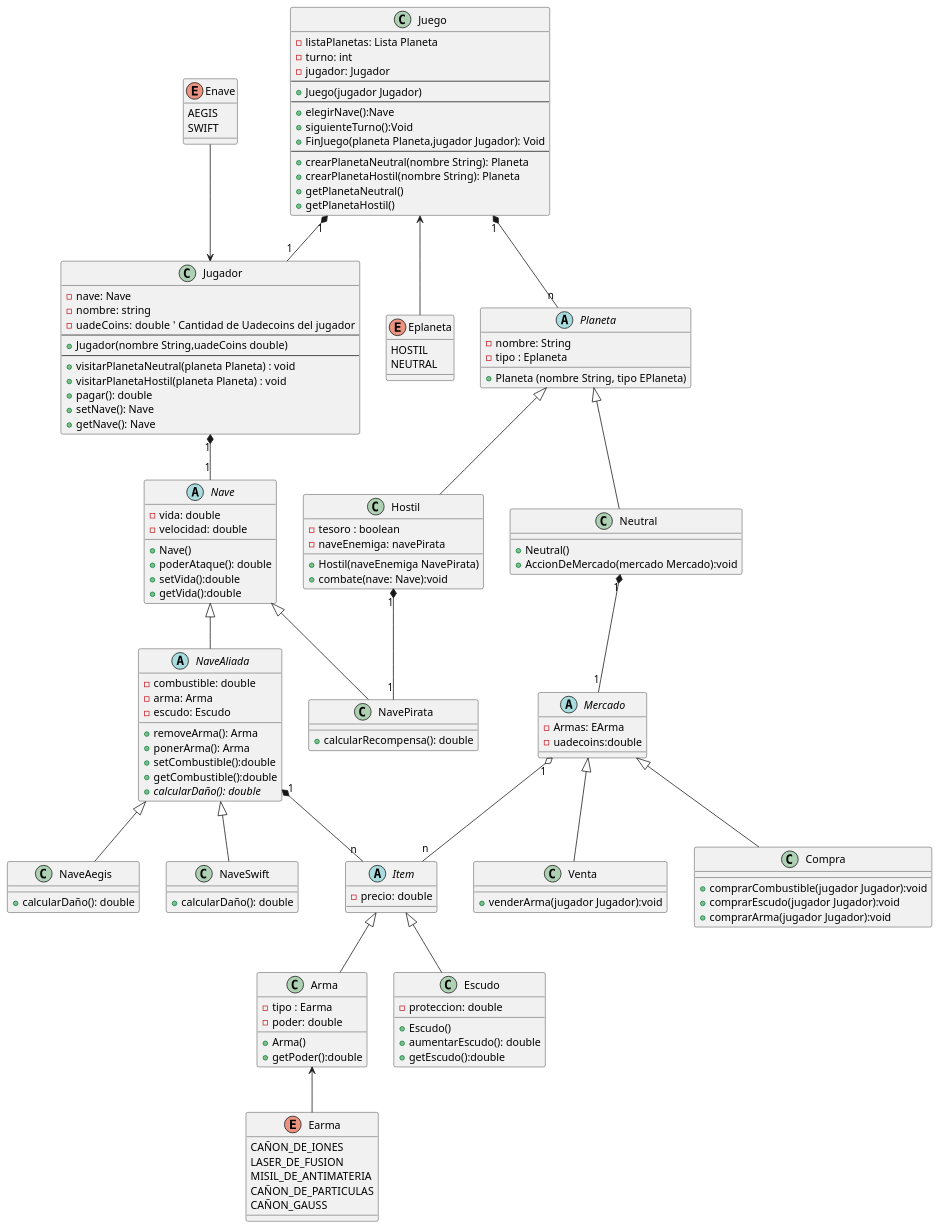
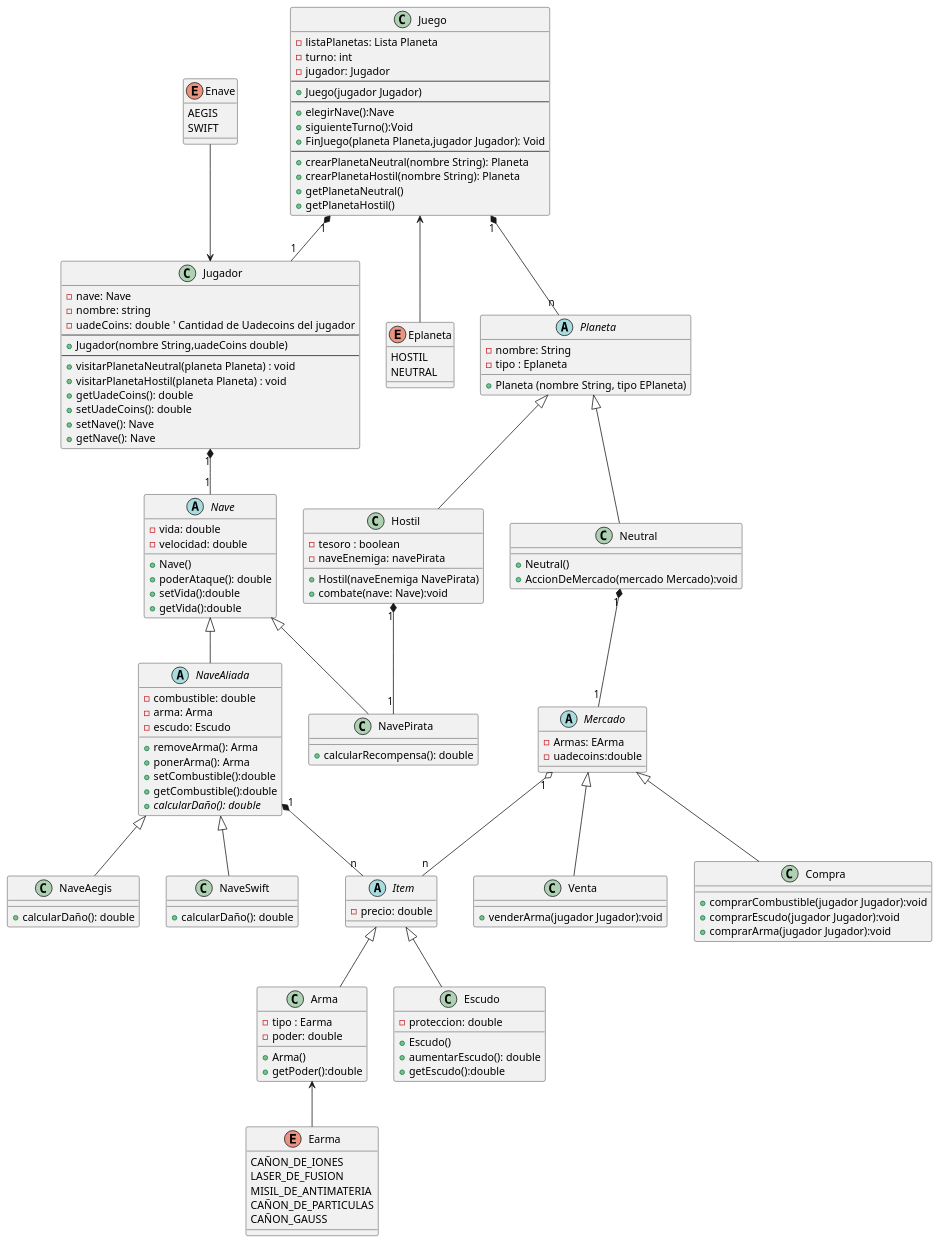
The diagram in src/TPO_classDiagram/TPO_ClassDiagram.puml (ianlio-git/LostGalaxy), drawn with PlantUML before and after one commit. The commit also changed 1 other file, not shown here.

Commit message:
Diagrama de clases modificado

```diff
--- a/src/TPO_classDiagram/TPO_ClassDiagram.puml
+++ b/src/TPO_classDiagram/TPO_ClassDiagram.puml
@@ -3,144 +3,145 @@
 @startuml
 'class Juego
 Enave --> Jugador
 enum Enave{
     AEGIS
     SWIFT
 }
 Juego <-- Eplaneta
 enum Eplaneta{
     HOSTIL
     NEUTRAL
 }
 Arma <-- Earma
 enum Earma{
    CAÑON_DE_IONES
    LASER_DE_FUSION
    MISIL_DE_ANTIMATERIA
    CAÑON_DE_PARTICULAS
    CAÑON_GAUSS
 }
 Juego "1" *-- "n" Planeta
 Juego "1" *-- "1" Jugador
 class Juego {
     - listaPlanetas: Lista Planeta
     - turno: int
     - jugador: Jugador
     --
     + Juego(jugador Jugador)
     --
     + elegirNave():Nave
     + siguienteTurno():Void
     + FinJuego(planeta Planeta,jugador Jugador): Void
     --
     + crearPlanetaNeutral(nombre String): Planeta
     + crearPlanetaHostil(nombre String): Planeta
     + getPlanetaNeutral()
     + getPlanetaHostil()
 }
 Jugador "1" *-- "1" Nave
 'class Jugador
 class Jugador {
     - nave: Nave
     - nombre: string
     - uadeCoins: double  ' Cantidad de Uadecoins del jugador
     --
     + Jugador(nombre String,uadeCoins double)
     --
     + visitarPlanetaNeutral(planeta Planeta) : void
     + visitarPlanetaHostil(planeta Planeta) : void
-    + pagar(): double
+    + getUadeCoins(): double
+    + setUadeCoins(): double
     + setNave(): Nave
     + getNave(): Nave
 }
 
 'class Nave
 abstract class Nave {
     - vida: double
     - velocidad: double
     + Nave()
     + poderAtaque(): double
     + setVida():double
     + getVida():double
 }
 abstract class NaveAliada extends Nave{
  - combustible: double
  - arma: Arma
  - escudo: Escudo
  + removeArma(): Arma
  + ponerArma(): Arma
  + setCombustible():double
  + getCombustible():double
  + {abstract} calcularDaño(): double
 }
 ' Clase para Nave Aegis
 class NaveAegis extends NaveAliada{
 + calcularDaño(): double
 }
 ' Clase para Nave Swift
 class NaveSwift extends NaveAliada {
 + calcularDaño(): double
 }
 NaveAliada "1"*--"n" Item
 abstract class Item{
 - precio: double
 
 }
 'class Arma
 class Arma extends Item{
     - tipo : Earma
     - poder: double
     + Arma()
     + getPoder():double
 }
 
 'class Escudo
 class Escudo extends Item {
     - proteccion: double
     + Escudo()
     + aumentarEscudo(): double
     + getEscudo():double
 }
 Hostil "1"*--"1" NavePirata
 'class Enemigo
 class NavePirata extends Nave {
     + calcularRecompensa(): double
 }
 
 'class Planeta
 
 Neutral "1"*--"1" Mercado
 abstract class Planeta {
     - nombre: String
     - tipo : Eplaneta
     + Planeta (nombre String, tipo EPlaneta)
 }
 
 'class Mercado
 class Neutral extends Planeta{
     + Neutral()
     + AccionDeMercado(mercado Mercado):void
 }
 Mercado "1" o-- "n" Item
 Abstract class Mercado {
     -Armas: EArma
     -uadecoins:double
 }
 class Venta extends Mercado{
     + venderArma(jugador Jugador):void
 }
 class Compra extends Mercado{
     + comprarCombustible(jugador Jugador):void
     + comprarEscudo(jugador Jugador):void
     + comprarArma(jugador Jugador):void
 }
 'Subclase de Planeta: Hostil
 class Hostil extends Planeta{
     - tesoro : boolean
     - naveEnemiga: navePirata
     + Hostil(naveEnemiga NavePirata)
     + combate(nave: Nave):void
 }
 
 
 @enduml
```
